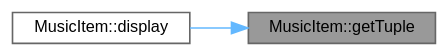
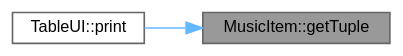
One commit to nndai/project-oop changed the diagram in docs/doc/class_music_item_a965e0a034356724455102d7bd3cb7774_icgraph.dot. Above: the diagram before and after it, drawn with Graphviz. The commit also changed 461 other files, not shown here.

```diff
--- a/docs/doc/class_music_item_a965e0a034356724455102d7bd3cb7774_icgraph.dot
+++ b/docs/doc/class_music_item_a965e0a034356724455102d7bd3cb7774_icgraph.dot
@@ -1,11 +1,11 @@
 digraph "MusicItem::getTuple"
 {
  // LATEX_PDF_SIZE
   bgcolor="transparent";
   edge [fontname=Helvetica,fontsize=10,labelfontname=Helvetica,labelfontsize=10];
   node [fontname=Helvetica,fontsize=10,shape=box,height=0.2,width=0.4];
   rankdir="RL";
   Node1 [id="Node000001",label="MusicItem::getTuple",height=0.2,width=0.4,color="gray40", fillcolor="grey60", style="filled", fontcolor="black",tooltip="Lấy một vector chứa các giá trị của các thuộc tính của mặt hàng, dùng để hiển thị trong bảng."];
   Node1 -> Node2 [id="edge1_Node000001_Node000002",dir="back",color="steelblue1",style="solid",tooltip=" "];
-  Node2 [id="Node000002",label="MusicItem::display",height=0.2,width=0.4,color="grey40", fillcolor="white", style="filled",URL="$class_music_item.html#ae8a82175f4ac8d3d95f035cce843c9d7",tooltip="Hiển thị thông tin của mặt hàng dưới dạng bảng."];
+  Node2 [id="Node000002",label="TableUI::print",height=0.2,width=0.4,color="grey40", fillcolor="white", style="filled",URL="$class_table_u_i.html#a13857ad324aafcd276e2d258ea5a7645",tooltip="In ra bảng từ một danh sách các mặt hàng âm nhạc."];
 }
```
